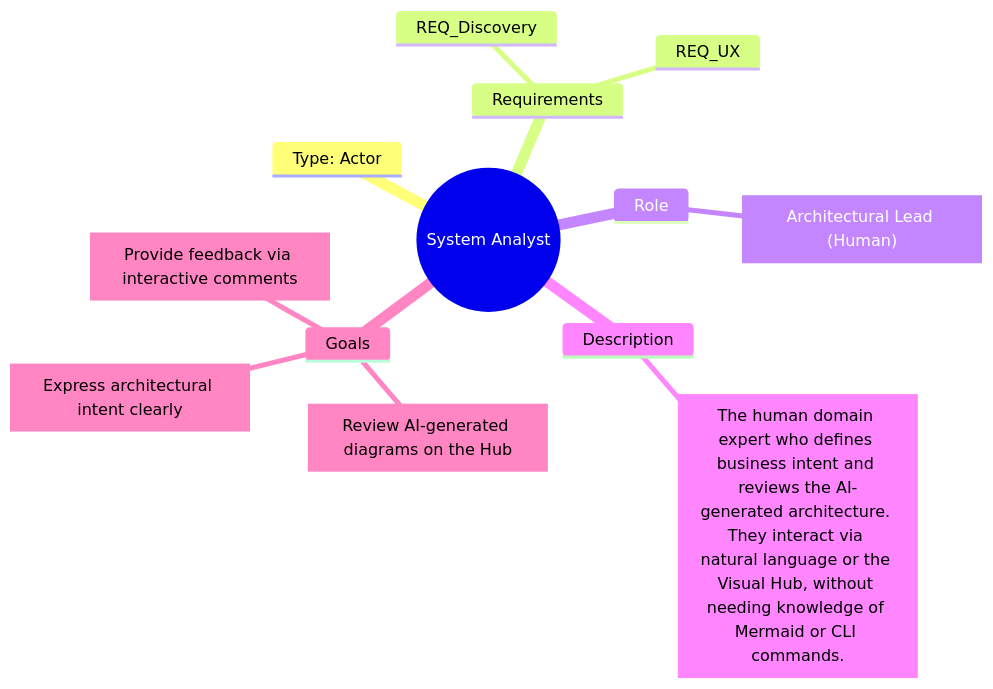
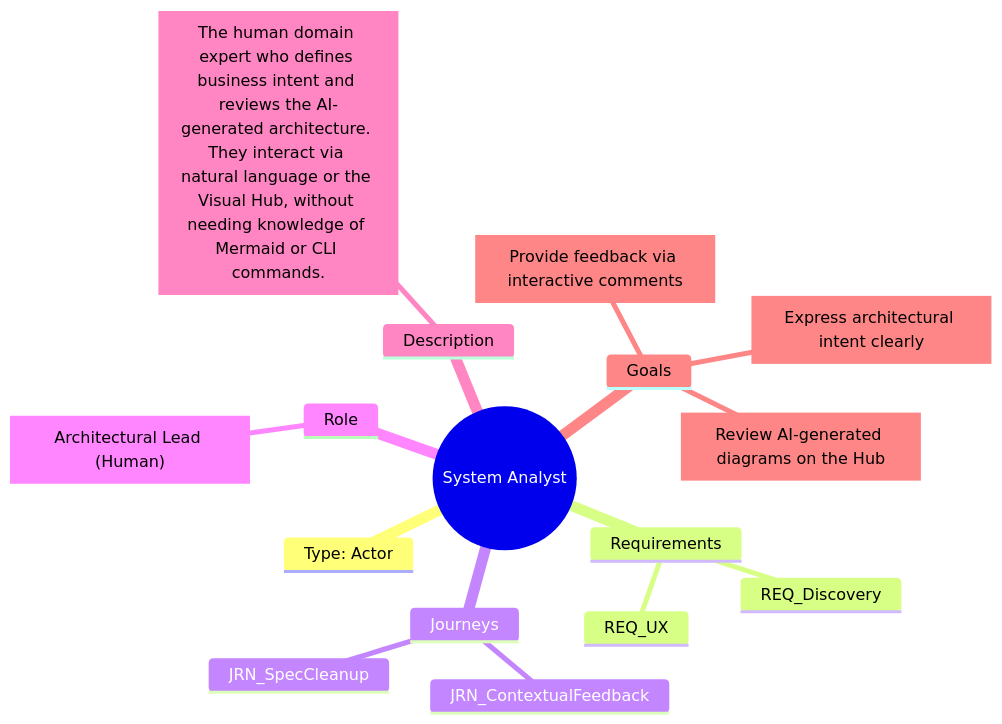
The diagram in docs/personas/PER_SystemAnalyst.mermaid (futurefoundai/foundryspec), drawn with Mermaid before and after one commit. The commit also changed 28 other files, not shown here.

```diff
--- a/docs/personas/PER_SystemAnalyst.mermaid
+++ b/docs/personas/PER_SystemAnalyst.mermaid
@@ -1,19 +1,22 @@
 ---
 id: "PER_SystemAnalyst"
 title: System Analyst
 description: The human domain expert who guides the system design.
 ---
 mindmap
   PER_SystemAnalyst((System Analyst))
     Type: Actor
     Requirements
       REQ_Discovery
       REQ_UX
+    Journeys
+      JRN_SpecCleanup
+      JRN_ContextualFeedback
     Role
       ROLE["Architectural Lead (Human)"]
     Description
       DESCRIPTION["The human domain expert who defines business intent and reviews the AI-generated architecture. They interact via natural language or the Visual Hub, without needing knowledge of Mermaid or CLI commands."]
     Goals
       GOAL_1["Express architectural intent clearly"]
       GOAL_2["Review AI-generated diagrams on the Hub"]
       GOAL_3["Provide feedback via interactive comments"]
```
